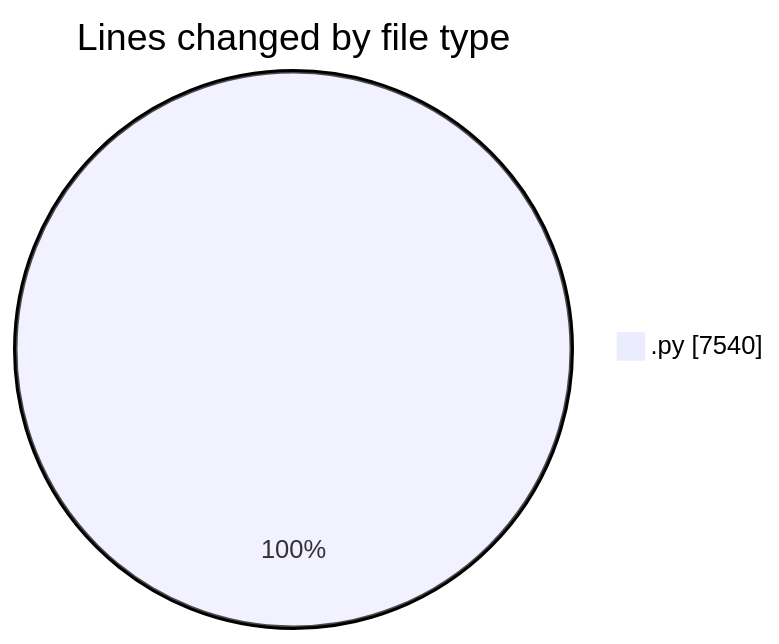
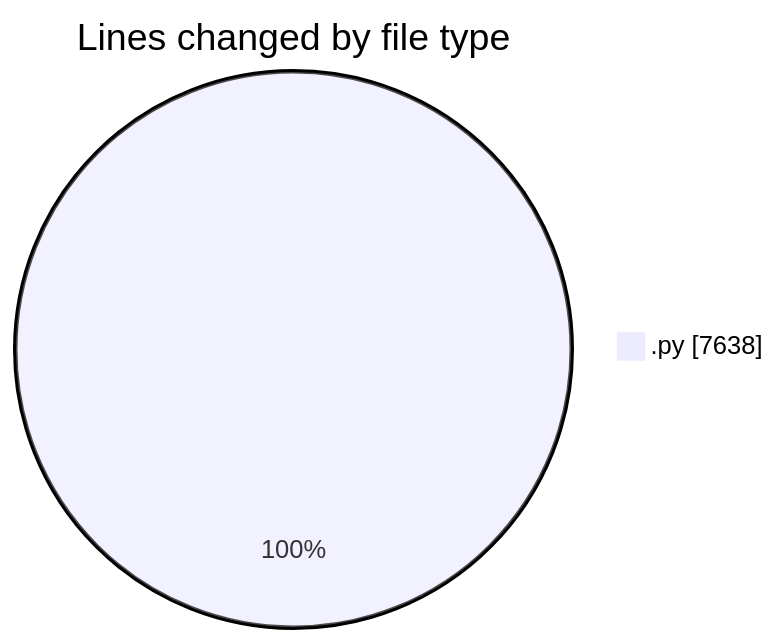
One commit to MatusMokan/code-tracking changed the first of 2 diagrams in 2025-04-18/myws__workspace_/README.md. Above: the diagram before and after it, drawn with Mermaid. The commit also changed other lines of this file and 1 other file, not shown here.

````diff
--- a/2025-04-18/myws__workspace_/README.md
+++ b/2025-04-18/myws__workspace_/README.md
@@ -24,5 +25,5 @@
 ```mermaid
 pie showData
 title Lines changed by file type
-".py" : 7540
+".py" : 7638
 ```
````
